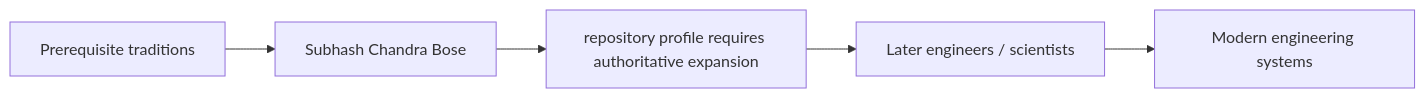
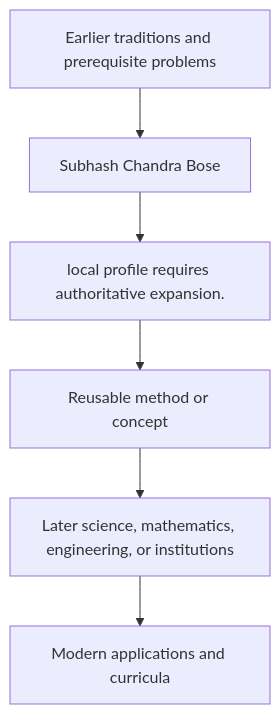
The diagram in docs/history/subhash-chandra-bose/influence.md (via-decide/ViaLogic), drawn with Mermaid before and after one commit. The commit also changed other lines of this file and 858 other files, not shown here.

````diff
--- a/docs/history/subhash-chandra-bose/influence.md
+++ b/docs/history/subhash-chandra-bose/influence.md
@@ -29,7 +16,8 @@
 ```mermaid
-graph LR
-  prerequisites["Prerequisite traditions"] --> current["Subhash Chandra Bose"]
-  current --> contribution["repository profile requires authoritative expansion"]
-  contribution --> successors["Later engineers / scientists"]
-  successors --> modern["Modern engineering systems"]
+graph TD
+  Prior[Earlier traditions and prerequisite problems] --> Person[Subhash Chandra Bose]
+  Person --> Contribution[local profile requires authoritative expansion.]
+  Contribution --> Method[Reusable method or concept]
+  Method --> Later[Later science, mathematics, engineering, or institutions]
+  Later --> Modern[Modern applications and curricula]
 ```
````
